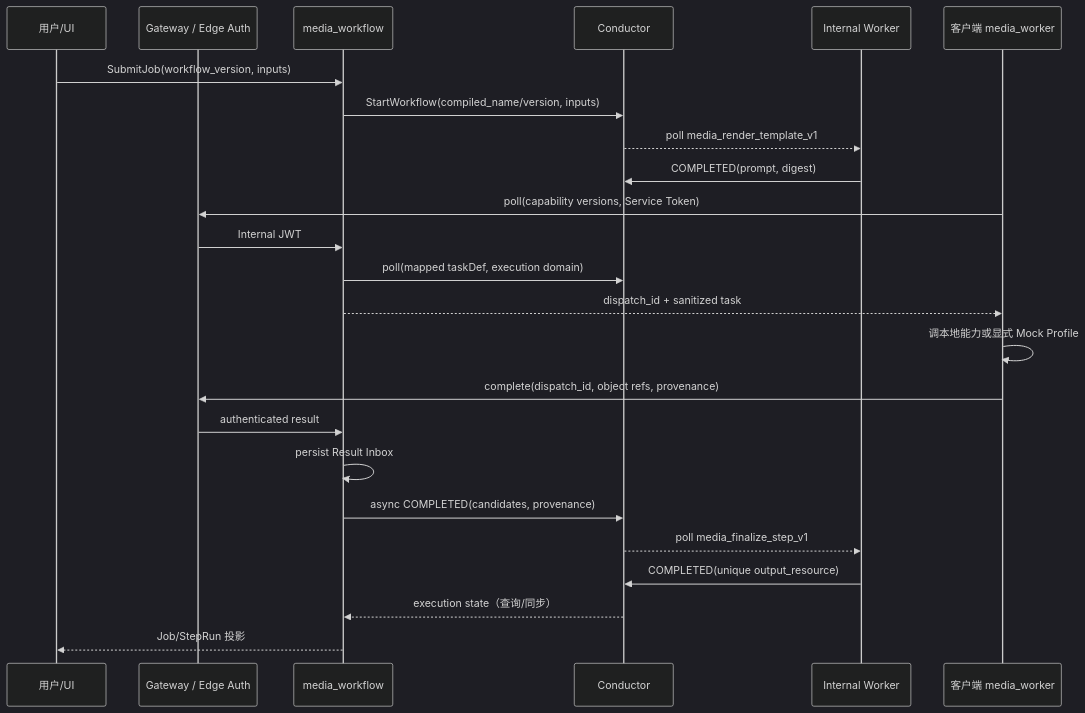
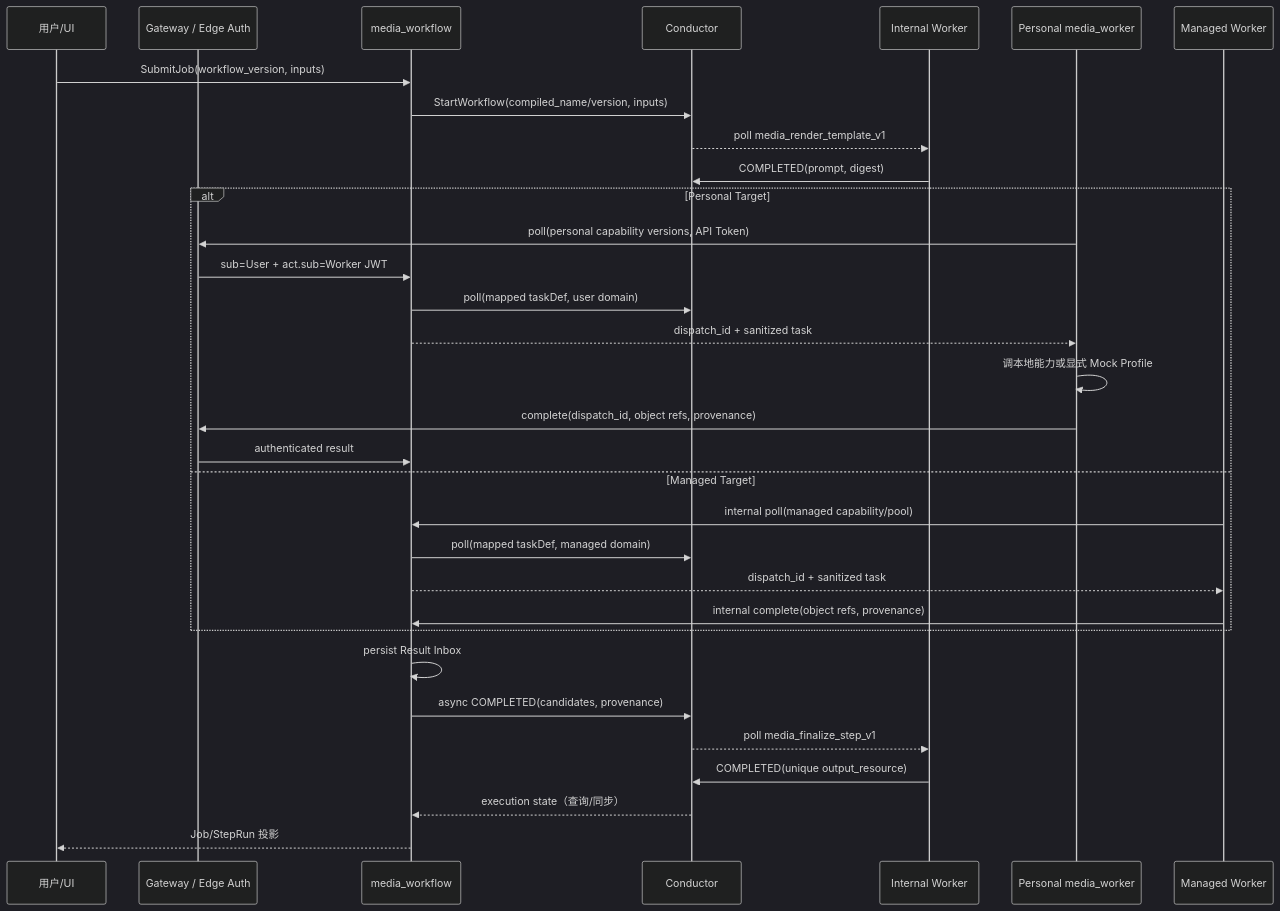
The diagram in docs/ddd/media_workflow/workflow/0003-conductor-compilation/conductor_compilation.md (hotttao/media_agent), drawn with Mermaid (dark theme) before and after one commit. The commit also changed other lines of this file and 50 other files, not shown here.

Commit message:
docs(auth): define api token worker identity model

````diff
--- a/docs/ddd/media_workflow/workflow/0003-conductor-compilation/conductor_compilation.md
+++ b/docs/ddd/media_workflow/workflow/0003-conductor-compilation/conductor_compilation.md
@@ -44,27 +44,35 @@
 ```mermaid
 sequenceDiagram
     participant User as 用户/UI
     participant G as Gateway / Edge Auth
     participant MW as media_workflow
     participant C as Conductor
     participant IW as Internal Worker
-    participant CW as 客户端 media_worker
+    participant PW as Personal media_worker
+    participant MWK as Managed Worker
 
     User->>MW: SubmitJob(workflow_version, inputs)
     MW->>C: StartWorkflow(compiled_name/version, inputs)
     C-->>IW: poll media_render_template_v1
     IW->>C: COMPLETED(prompt, digest)
-    CW->>G: poll(capability versions, Service Token)
-    G->>MW: Internal JWT
-    MW->>C: poll(mapped taskDef, execution domain)
-    MW-->>CW: dispatch_id + sanitized task
-    CW->>CW: 调本地能力或显式 Mock Profile
-    CW->>G: complete(dispatch_id, object refs, provenance)
-    G->>MW: authenticated result
+    alt Personal Target
+        PW->>G: poll(personal capability versions, API Token)
+        G->>MW: sub=User + act.sub=Worker JWT
+        MW->>C: poll(mapped taskDef, user domain)
+        MW-->>PW: dispatch_id + sanitized task
+        PW->>PW: 调本地能力或显式 Mock Profile
+        PW->>G: complete(dispatch_id, object refs, provenance)
+        G->>MW: authenticated result
+    else Managed Target
+        MWK->>MW: internal poll(managed capability/pool)
+        MW->>C: poll(mapped taskDef, managed domain)
+        MW-->>MWK: dispatch_id + sanitized task
+        MWK->>MW: internal complete(object refs, provenance)
+    end
     MW->>MW: persist Result Inbox
     MW->>C: async COMPLETED(candidates, provenance)
     C-->>IW: poll media_finalize_step_v1
     IW->>C: COMPLETED(unique output_resource)
     C-->>MW: execution state（查询/同步）
     MW-->>User: Job/StepRun 投影
 ```
````
